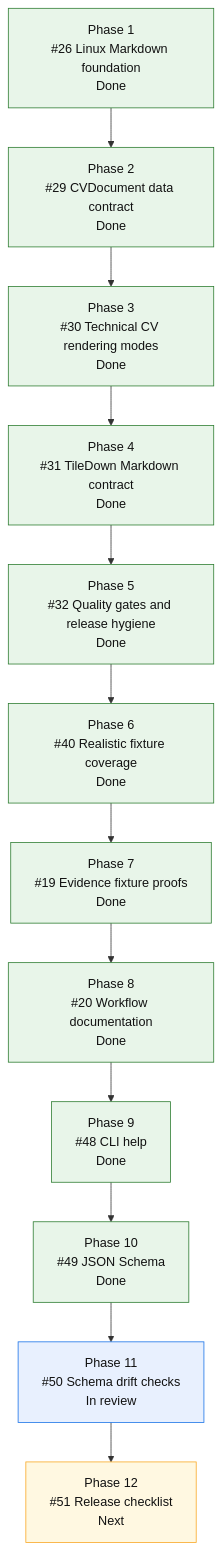
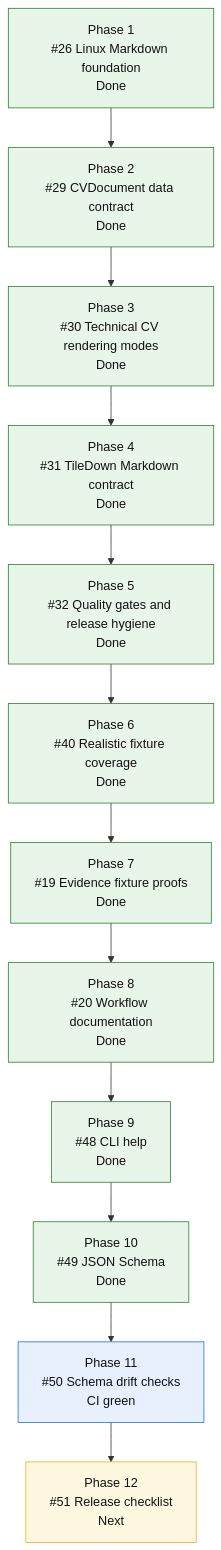
One commit to mihaelamj/cvbuilder changed the diagram in README.md. Above: the diagram before and after it, drawn with Mermaid. The commit also changed 1 other file, not shown here.

Commit message:
docs(roadmap): mark schema drift CI green

````diff
--- a/README.md
+++ b/README.md
@@ -165,28 +165,28 @@
 ```mermaid
 flowchart TD
     P1["Phase 1<br/>#26 Linux Markdown foundation<br/>Done"]
     P2["Phase 2<br/>#29 CVDocument data contract<br/>Done"]
     P3["Phase 3<br/>#30 Technical CV rendering modes<br/>Done"]
     P4["Phase 4<br/>#31 TileDown Markdown contract<br/>Done"]
     P5["Phase 5<br/>#32 Quality gates and release hygiene<br/>Done"]
     P6["Phase 6<br/>#40 Realistic fixture coverage<br/>Done"]
     P7["Phase 7<br/>#19 Evidence fixture proofs<br/>Done"]
     P8["Phase 8<br/>#20 Workflow documentation<br/>Done"]
     P9["Phase 9<br/>#48 CLI help<br/>Done"]
     P10["Phase 10<br/>#49 JSON Schema<br/>Done"]
-    P11["Phase 11<br/>#50 Schema drift checks<br/>In review"]
+    P11["Phase 11<br/>#50 Schema drift checks<br/>CI green"]
     P12["Phase 12<br/>#51 Release checklist<br/>Next"]
 
     P1 --> P2 --> P3 --> P4 --> P5 --> P6 --> P7 --> P8 --> P9 --> P10 --> P11 --> P12
 
     classDef done fill:#e8f5e9,stroke:#2e7d32,color:#111;
     classDef active fill:#fff3e0,stroke:#ef6c00,color:#111;
     classDef review fill:#e8f0fe,stroke:#1a73e8,color:#111;
     classDef next fill:#fff8e1,stroke:#f9a825,color:#111;
     classDef partial fill:#e0f7fa,stroke:#00838f,color:#111;
     classDef todo fill:#eef3ff,stroke:#3367d6,color:#111;
     class P1,P2,P3,P4 done;
     class P5,P6,P7,P8,P9,P10 done;
     class P11 review;
     class P12 next;
 ```
````
